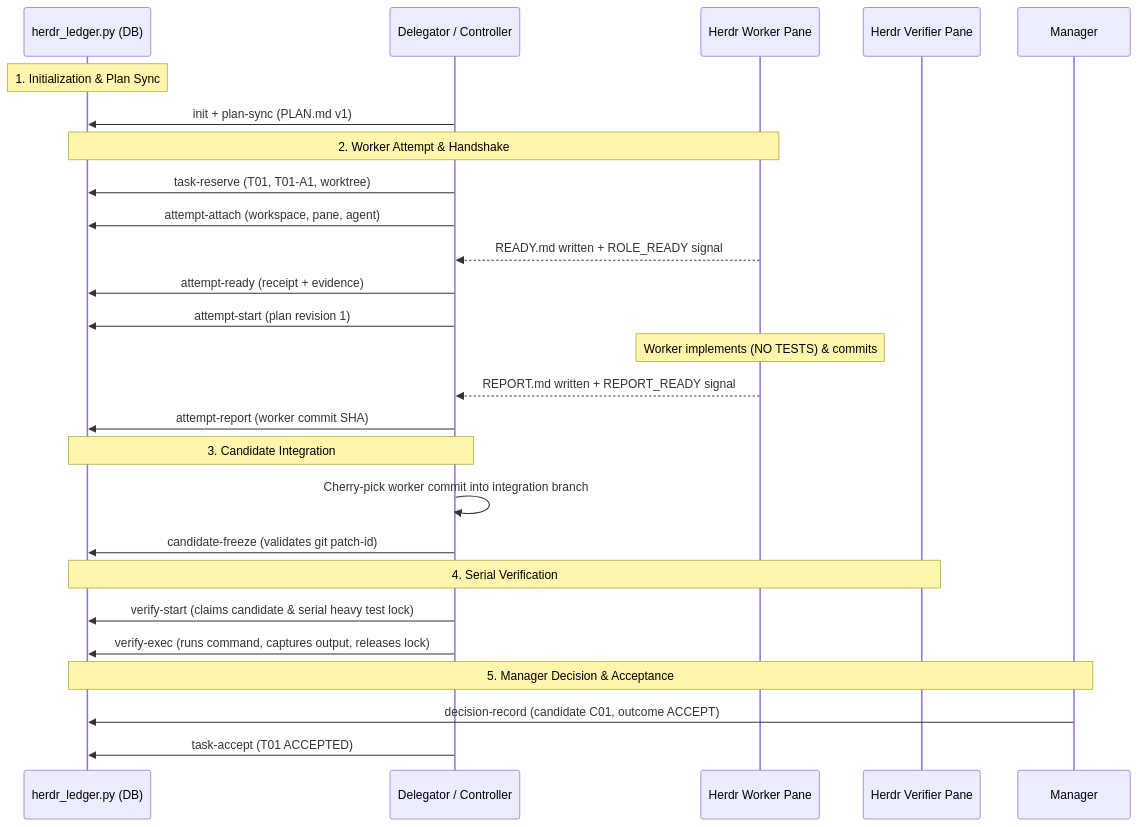
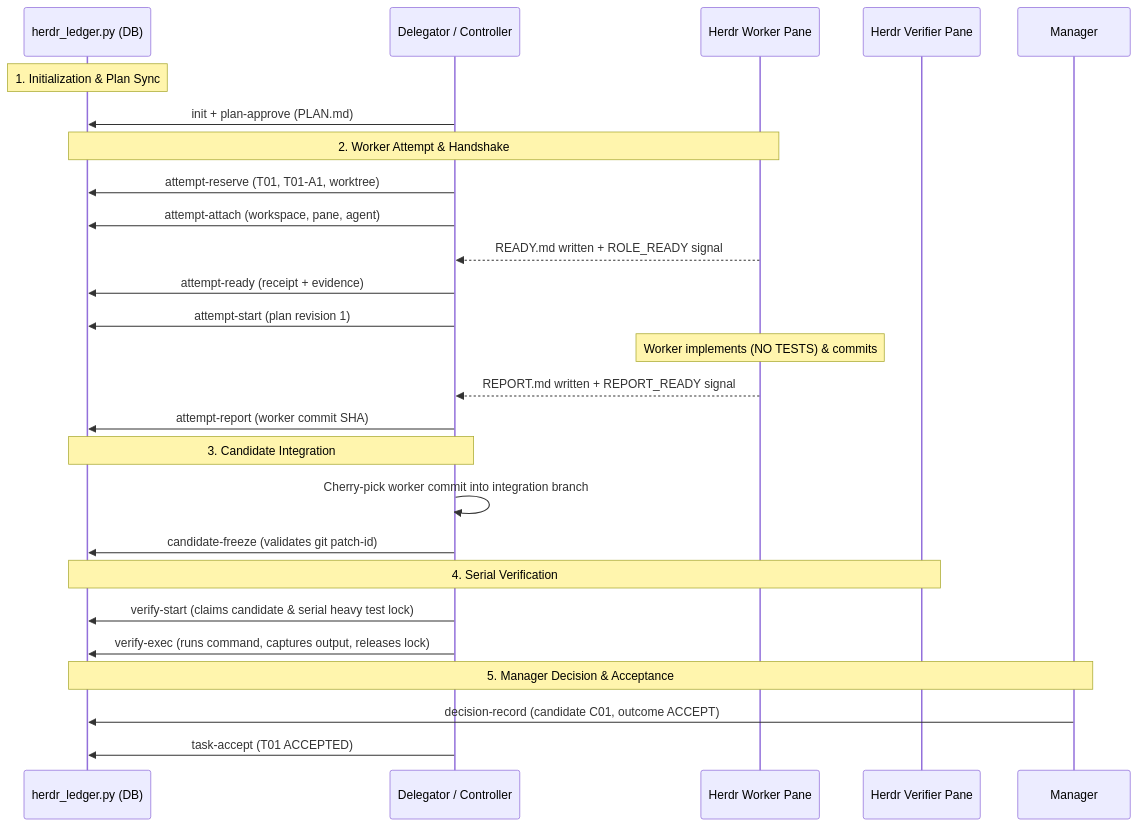
The diagram in skills/herdr-engineering-loop/SKILL.md (Jacinth091/Herdr-Loop-Skill), drawn with Mermaid before and after one commit. The commit also changed other lines of this file and 6 other files, not shown here.

````diff
--- a/skills/herdr-engineering-loop/SKILL.md
+++ b/skills/herdr-engineering-loop/SKILL.md
@@ -151,34 +151,34 @@
 ```mermaid
 sequenceDiagram
     participant Ledger as herdr_ledger.py (DB)
     participant Delegator as Delegator / Controller
     participant Worker as Herdr Worker Pane
     participant Verifier as Herdr Verifier Pane
     participant Manager as Manager
 
     Note over Ledger: 1. Initialization & Plan Sync
-    Delegator->>Ledger: init + plan-sync (PLAN.md v1)
+    Delegator->>Ledger: init + plan-approve (PLAN.md)
     
     Note over Ledger,Worker: 2. Worker Attempt & Handshake
-    Delegator->>Ledger: task-reserve (T01, T01-A1, worktree)
+    Delegator->>Ledger: attempt-reserve (T01, T01-A1, worktree)
     Delegator->>Ledger: attempt-attach (workspace, pane, agent)
     Worker-->>Delegator: READY.md written + ROLE_READY signal
     Delegator->>Ledger: attempt-ready (receipt + evidence)
     Delegator->>Ledger: attempt-start (plan revision 1)
     
     Note over Worker: Worker implements (NO TESTS) & commits
     Worker-->>Delegator: REPORT.md written + REPORT_READY signal
     Delegator->>Ledger: attempt-report (worker commit SHA)
     
     Note over Ledger,Delegator: 3. Candidate Integration
     Delegator->>Delegator: Cherry-pick worker commit into integration branch
     Delegator->>Ledger: candidate-freeze (validates git patch-id)
     
     Note over Ledger,Verifier: 4. Serial Verification
     Delegator->>Ledger: verify-start (claims candidate & serial heavy test lock)
     Delegator->>Ledger: verify-exec (runs command, captures output, releases lock)
     
     Note over Ledger,Manager: 5. Manager Decision & Acceptance
     Manager->>Ledger: decision-record (candidate C01, outcome ACCEPT)
     Delegator->>Ledger: task-accept (T01 ACCEPTED)
 ```
````
